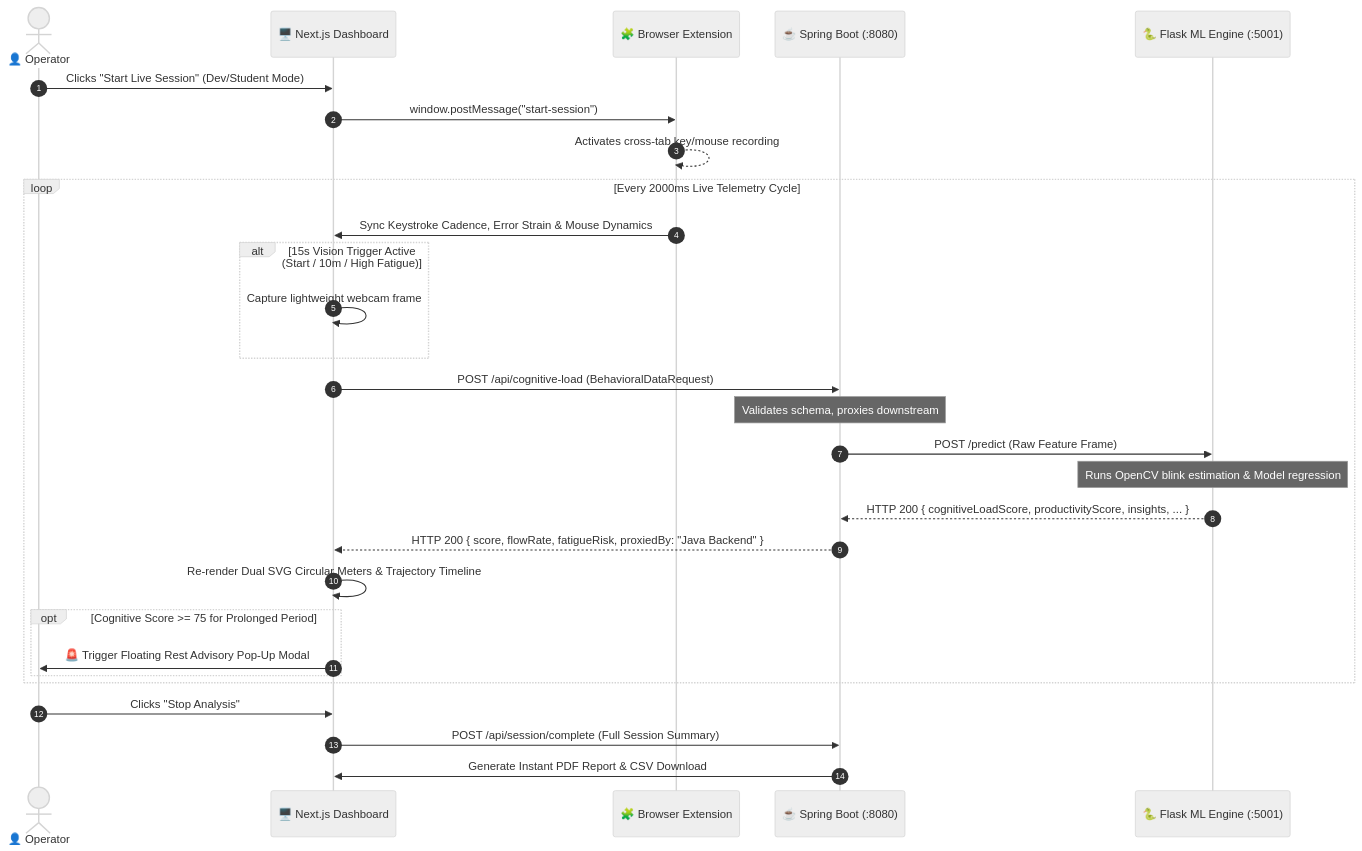
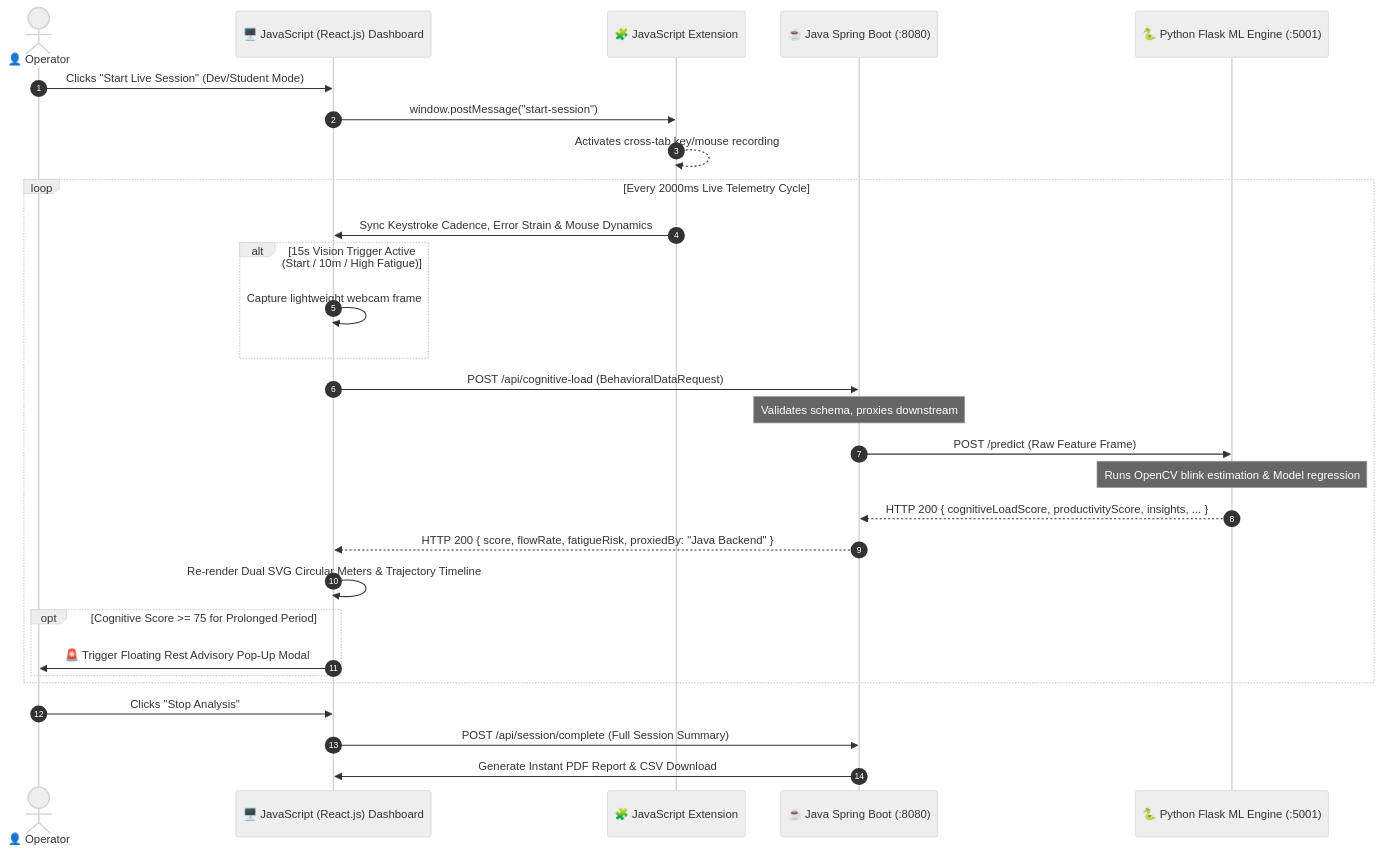
The second of 2 diagrams in README.md (Code-AkarshMishra/CognitiveLoadDetector), drawn with Mermaid (neutral theme) before and after one commit. The commit also changed other lines of this file, not shown here.

````diff
--- a/README.md
+++ b/README.md
@@ -85,34 +85,34 @@
 ```mermaid
 sequenceDiagram
     autonumber
     actor User as 👤 Operator
-    participant Front as 🖥️ Next.js Dashboard
-    participant Ext as 🧩 Browser Extension
-    participant Back as ☕ Spring Boot (:8080)
-    participant ML as 🐍 Flask ML Engine (:5001)
+    participant Front as 🖥️ JavaScript (React.js) Dashboard
+    participant Ext as 🧩 JavaScript Extension
+    participant Back as ☕ Java Spring Boot (:8080)
+    participant ML as 🐍 Python Flask ML Engine (:5001)
 
     User->>Front: Clicks "Start Live Session" (Dev/Student Mode)
     Front->>Ext: window.postMessage("start-session")
     Ext-->>Ext: Activates cross-tab key/mouse recording
     
     loop Every 2000ms Live Telemetry Cycle
         Ext->>Front: Sync Keystroke Cadence, Error Strain & Mouse Dynamics
         alt 15s Vision Trigger Active (Start / 10m / High Fatigue)
             Front->>Front: Capture lightweight webcam frame
         end
         Front->>Back: POST /api/cognitive-load (BehavioralDataRequest)
         Note over Back: Validates schema, proxies downstream
         Back->>ML: POST /predict (Raw Feature Frame)
         Note over ML: Runs OpenCV blink estimation & Model regression
         ML-->>Back: HTTP 200 { cognitiveLoadScore, productivityScore, insights, ... }
         Back-->>Front: HTTP 200 { score, flowRate, fatigueRisk, proxiedBy: "Java Backend" }
         Front->>Front: Re-render Dual SVG Circular Meters & Trajectory Timeline
         opt Cognitive Score >= 75 for Prolonged Period
             Front->>User: 🚨 Trigger Floating Rest Advisory Pop-Up Modal
         end
     end
 
     User->>Front: Clicks "Stop Analysis"
     Front->>Back: POST /api/session/complete (Full Session Summary)
     Back->>Front: Generate Instant PDF Report & CSV Download
 ```
````
